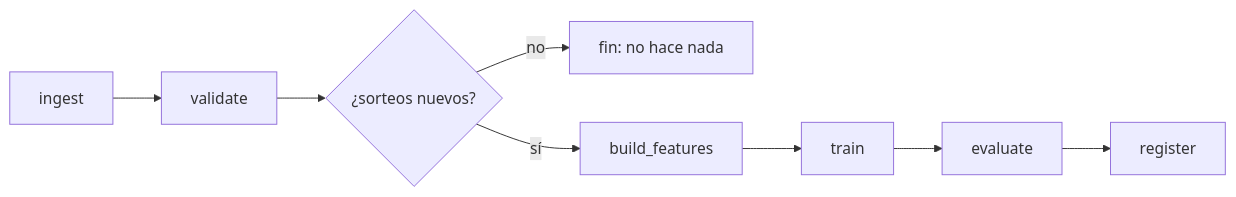
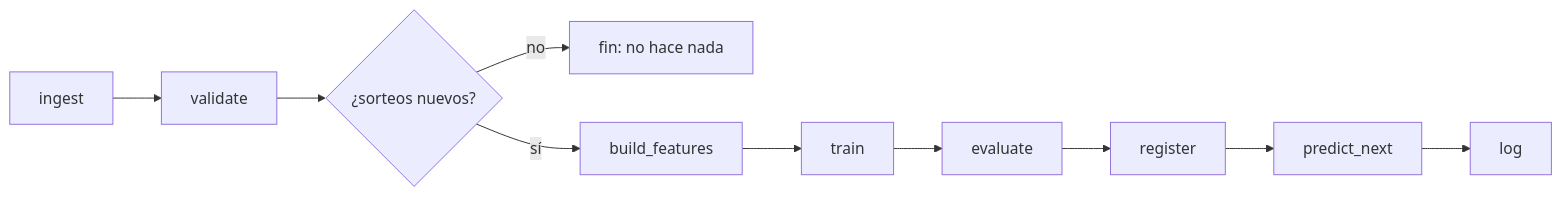
The diagram in README.md (ronaldo-duran/baloto-fun-ML), drawn with Mermaid before and after one commit. The commit also changed other lines of this file and 10 other files, not shown here.

````diff
--- a/README.md
+++ b/README.md
@@ -196,6 +196,6 @@
 ```mermaid
 flowchart LR
     I[ingest] --> V[validate] --> Q{¿sorteos nuevos?}
     Q -- no --> F[fin: no hace nada]
-    Q -- sí --> B[build_features] --> T[train] --> E[evaluate] --> R[register]
+    Q -- sí --> B[build_features] --> T[train] --> E[evaluate] --> R[register] --> P[predict_next] --> L[log]
 ```
````
